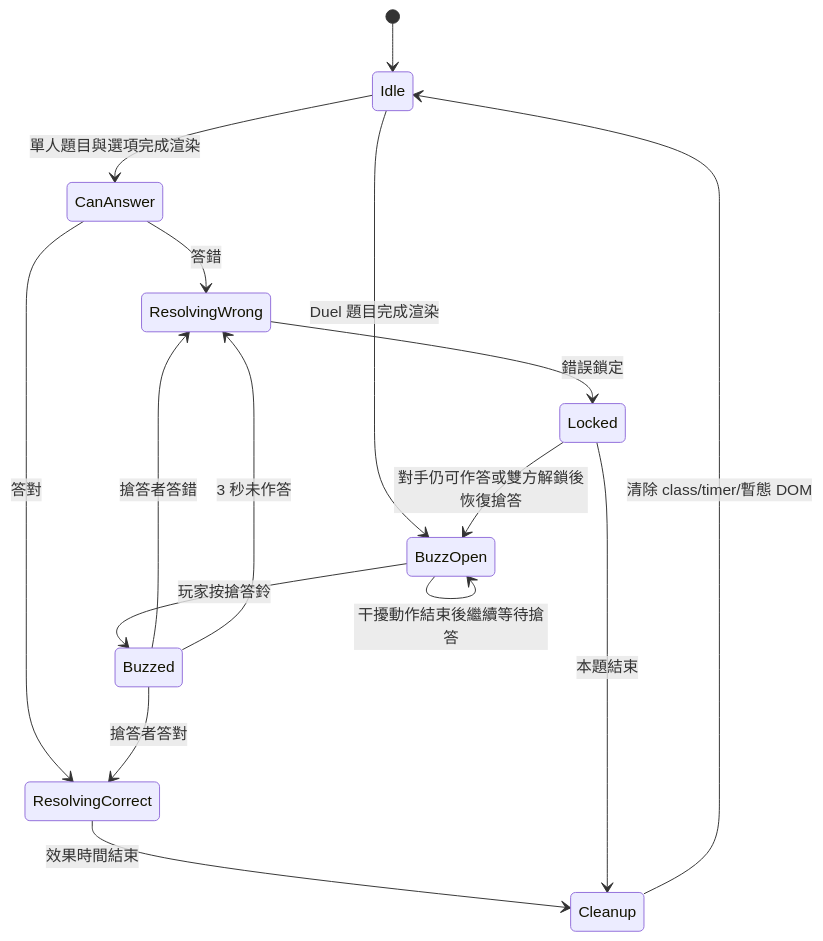
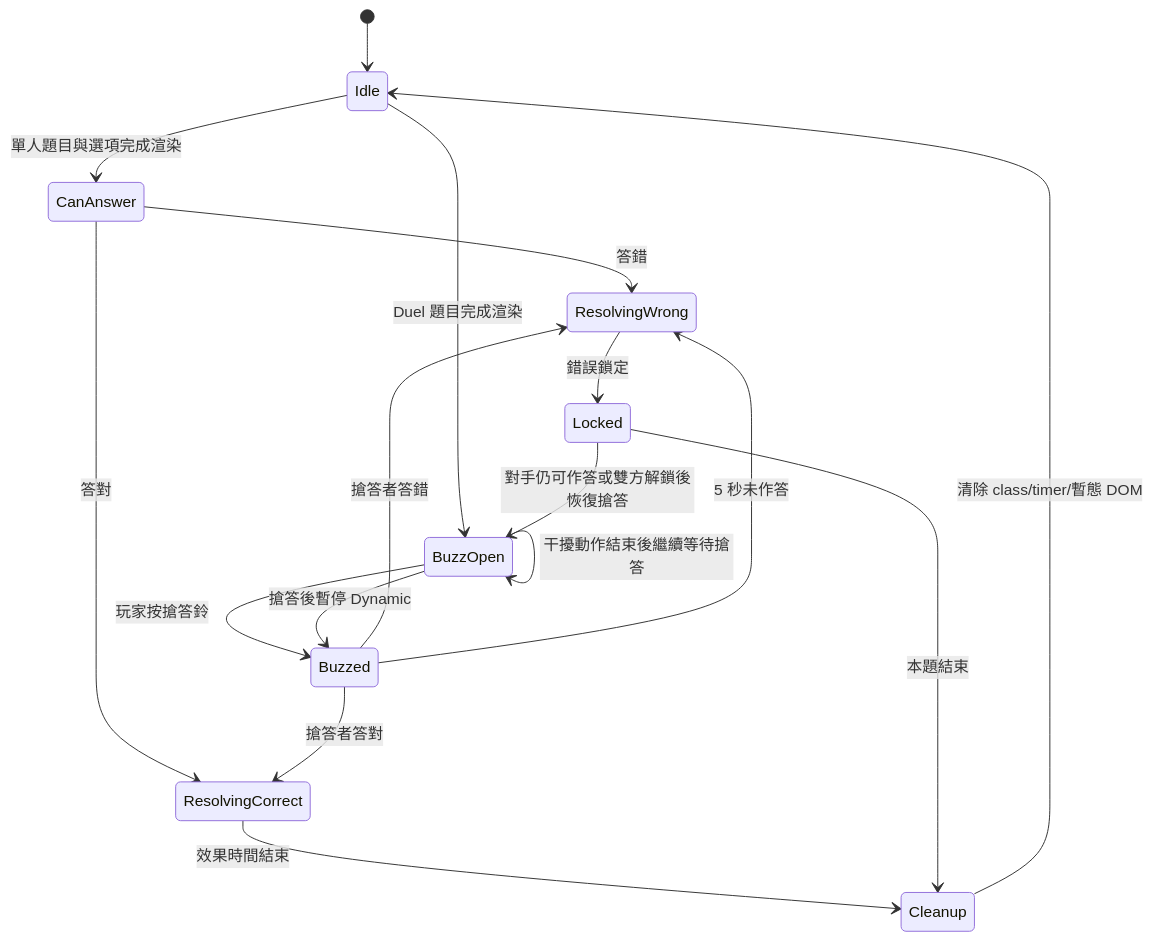
One commit to gchlin/Organic-Sorting-Game changed the fourth of 4 diagrams in README.md. Above: the diagram before and after it, drawn with Mermaid. The commit also changed other lines of this file, not shown here.

Commit message:
docs: refine mode flow rules

````diff
--- a/README.md
+++ b/README.md
@@ -125,18 +132,19 @@
 ```mermaid
 stateDiagram-v2
   [*] --> Idle
   Idle --> CanAnswer: 單人題目與選項完成渲染
   Idle --> BuzzOpen: Duel 題目完成渲染
   BuzzOpen --> Buzzed: 玩家按搶答鈴
   BuzzOpen --> BuzzOpen: 干擾動作結束後繼續等待搶答
+  BuzzOpen --> Buzzed: 搶答後暫停 Dynamic
   CanAnswer --> ResolvingCorrect: 答對
   CanAnswer --> ResolvingWrong: 答錯
   Buzzed --> ResolvingCorrect: 搶答者答對
   Buzzed --> ResolvingWrong: 搶答者答錯
-  Buzzed --> ResolvingWrong: 3 秒未作答
+  Buzzed --> ResolvingWrong: 5 秒未作答
   ResolvingCorrect --> Cleanup: 效果時間結束
   ResolvingWrong --> Locked: 錯誤鎖定
   Locked --> BuzzOpen: 對手仍可作答或雙方解鎖後恢復搶答
   Locked --> Cleanup: 本題結束
   Cleanup --> Idle: 清除 class/timer/暫態 DOM
 ```
````
